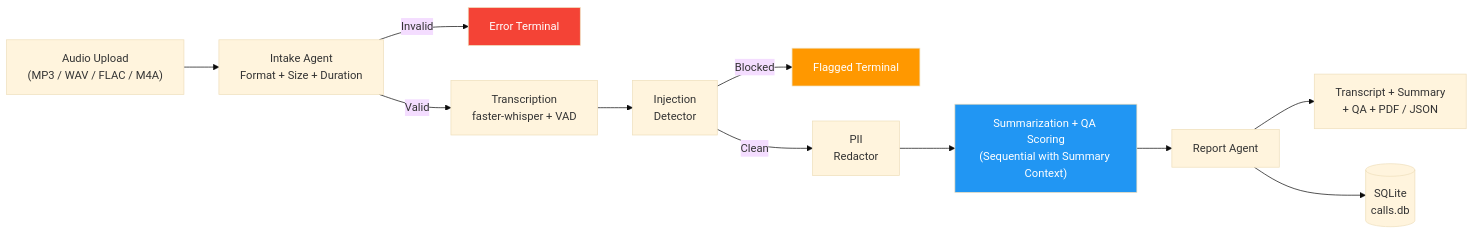
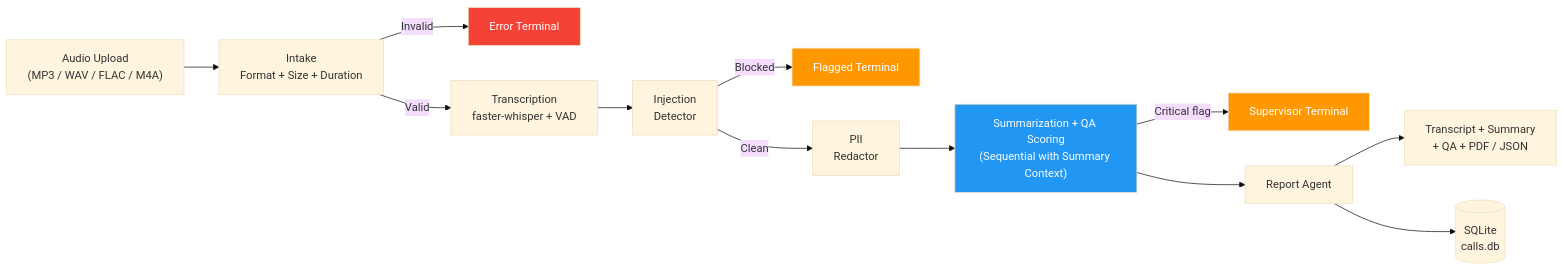
Before and after one commit to soubaibiomar/call-center-audio-analysis: the first of 2 diagrams in README.md, drawn with Mermaid (base theme). The commit also changed other lines of this file and 1 other file, not shown here.

````diff
--- a/README.md
+++ b/README.md
@@ -98,17 +159,19 @@
 ```mermaid
-graph LR
-    A["Audio Upload<br/>(MP3 / WAV / FLAC / M4A)"] --> B["Intake Agent<br/>Format + Size + Duration"]
+flowchart LR
+    A["Audio Upload<br/>(MP3 / WAV / FLAC / M4A)"] --> B["Intake<br/>Format + Size + Duration"]
     B -->|Invalid| ERR["Error Terminal"]
     B -->|Valid| C["Transcription<br/>faster-whisper + VAD"]
     C --> D["Injection<br/>Detector"]
     D -->|Blocked| FLAG["Flagged Terminal"]
     D -->|Clean| E["PII<br/>Redactor"]
     E --> F["Summarization + QA Scoring<br/>(Sequential with Summary Context)"]
+    F -->|Critical flag| SUP["Supervisor Terminal"]
     F --> H["Report Agent"]
     H --> OUT["Transcript + Summary<br/>+ QA + PDF / JSON"]
     H --> DB[("SQLite<br/>calls.db")]
 
     style F fill:#2196F3,color:white
     style ERR fill:#f44336,color:white
     style FLAG fill:#FF9800,color:white
+    style SUP fill:#FF9800,color:white
 ```
````
